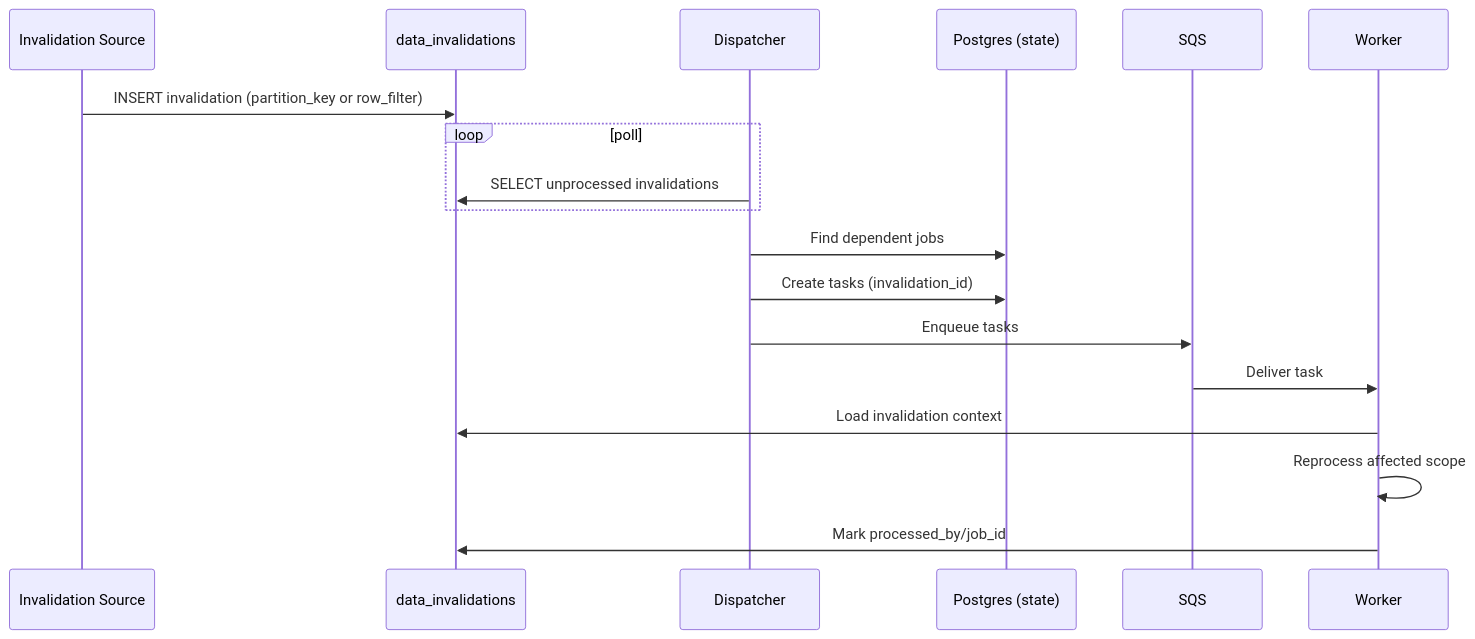
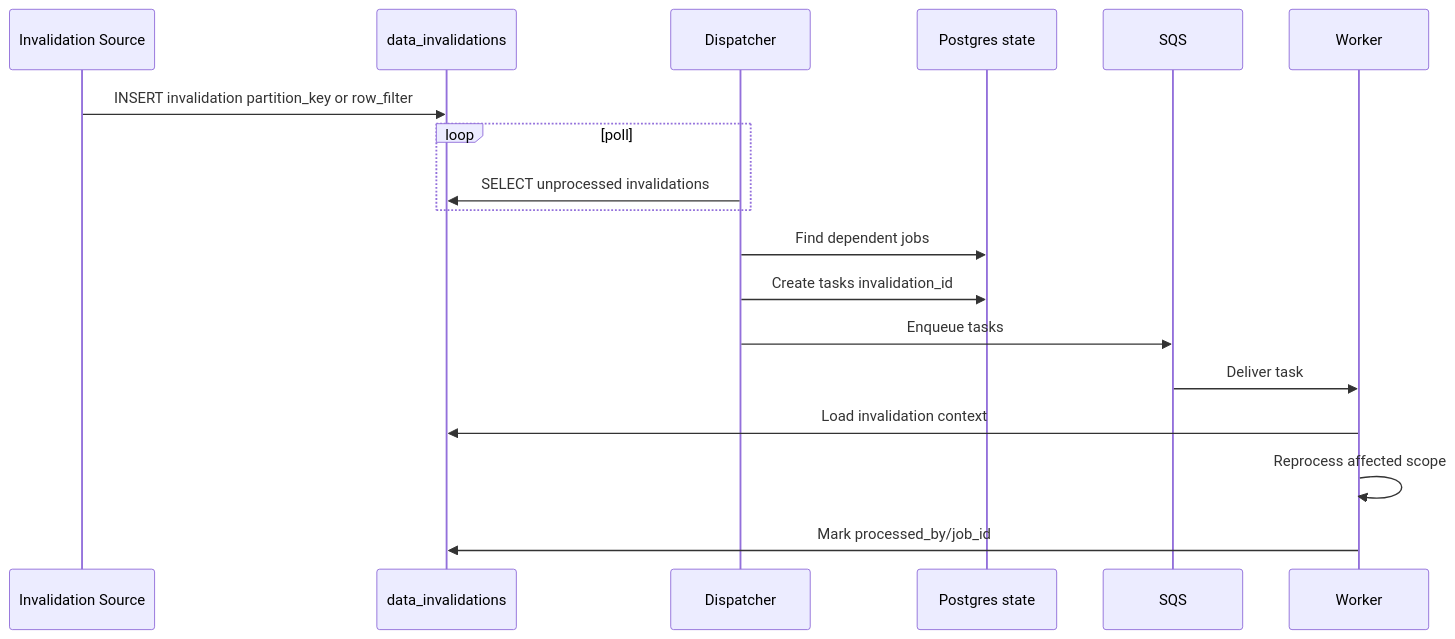
Before and after one commit to c7121/trace: the second of 2 diagrams in docs/architecture/data_versioning.md, drawn with Mermaid. The commit also changed other lines of this file and 11 other files, not shown here.

````diff
--- a/docs/architecture/data_versioning.md
+++ b/docs/architecture/data_versioning.md
@@ -297,21 +297,21 @@
 ```mermaid
 sequenceDiagram
     participant S as Invalidation Source
     participant INV as data_invalidations
     participant D as Dispatcher
-    participant PG as Postgres (state)
+    participant PG as Postgres state
     participant Q as SQS
     participant W as Worker
 
-    S->>INV: INSERT invalidation (partition_key or row_filter)
+    S->>INV: INSERT invalidation partition_key or row_filter
     loop poll
         D->>INV: SELECT unprocessed invalidations
     end
     D->>PG: Find dependent jobs
-    D->>PG: Create tasks (invalidation_id)
+    D->>PG: Create tasks invalidation_id
     D->>Q: Enqueue tasks
     Q->>W: Deliver task
     W->>INV: Load invalidation context
     W->>W: Reprocess affected scope
     W->>INV: Mark processed_by/job_id
 ```
````
